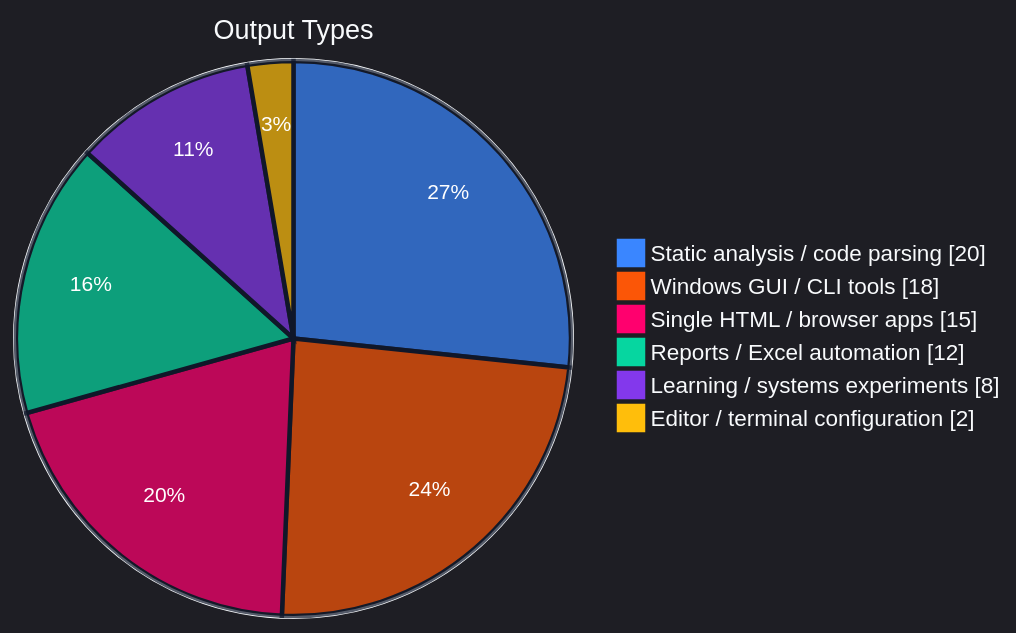
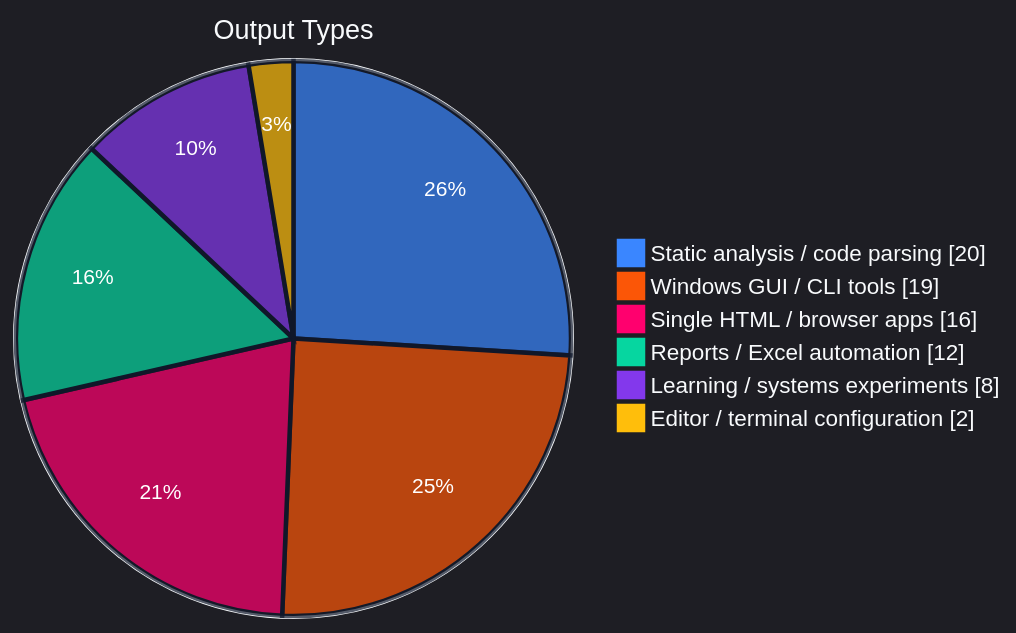
The second of 4 diagrams in README.md (SSsan-00/SSsan-00), drawn with Mermaid before and after one commit. The commit also changed other lines of this file and 2 other files, not shown here.

````diff
--- a/README.md
+++ b/README.md
@@ -56,11 +56,11 @@
 ```mermaid
 %%{init: {"theme":"dark","themeVariables":{"background":"#0f172a","mainBkg":"#0f172a","textColor":"#f8fafc","primaryTextColor":"#f8fafc","pieStrokeColor":"#0f172a","pieStrokeWidth":"3px","pieOuterStrokeColor":"#f8fafc","pieOuterStrokeWidth":"2px","pieTitleTextColor":"#f8fafc","pieTitleTextSize":"18px","pieLegendTextColor":"#f8fafc","pieLegendTextSize":"15px","pieSectionTextColor":"#ffffff","pieSectionTextSize":"14px","pie1":"#3a86ff","pie2":"#fb5607","pie3":"#ff006e","pie4":"#06d6a0","pie5":"#8338ec","pie6":"#ffbe0b"}}}%%
 pie showData
   title Output Types
   "Static analysis / code parsing" : 20
-  "Windows GUI / CLI tools" : 18
-  "Single HTML / browser apps" : 15
+  "Windows GUI / CLI tools" : 19
+  "Single HTML / browser apps" : 16
   "Reports / Excel automation" : 12
   "Learning / systems experiments" : 8
   "Editor / terminal configuration" : 2
 ```
````
